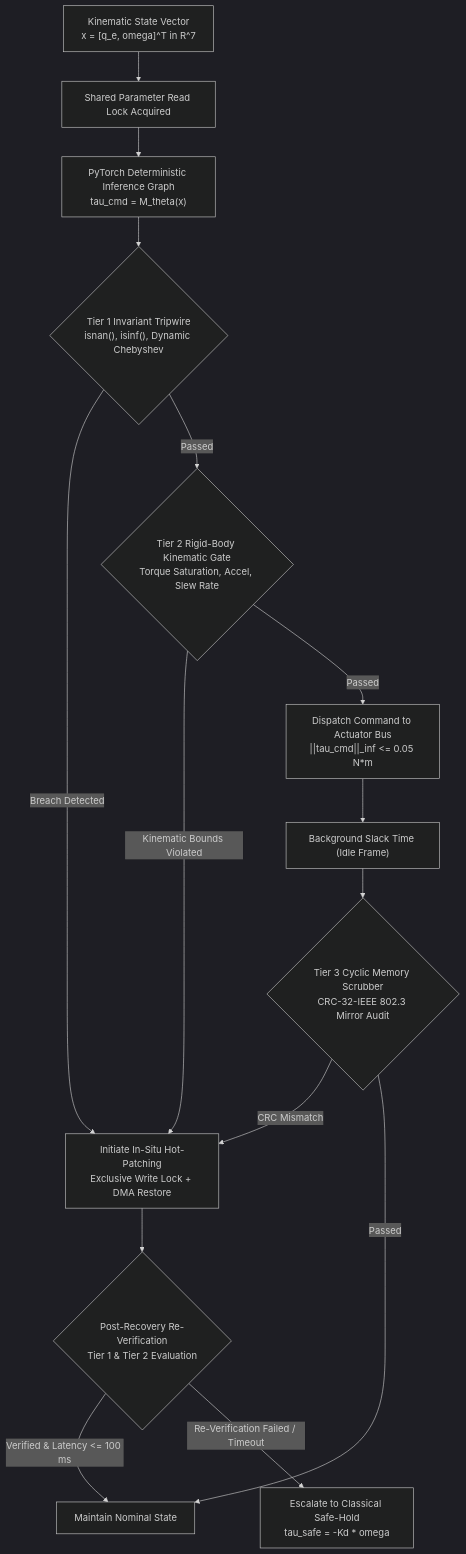
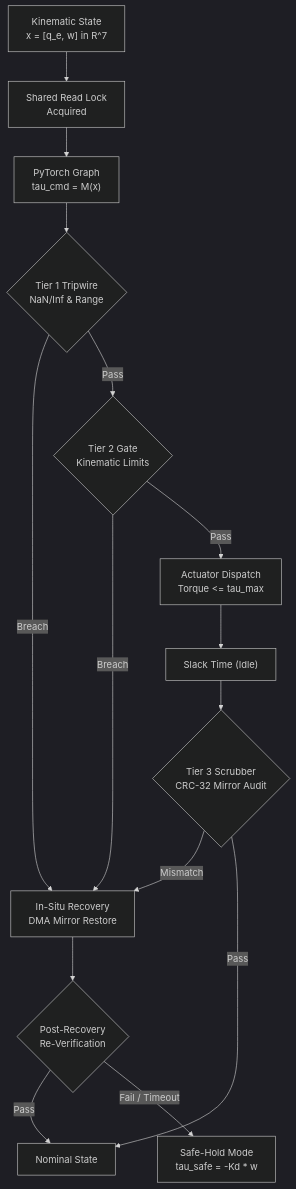
The first of 2 diagrams in README.md (gangasagar5928/ZOG-AI), drawn with Mermaid (dark theme) before and after one commit. The commit also changed other lines of this file and 1 other file, not shown here.

Commit message:
docs: resolve GFM LaTeX math italics clash and optimize Mermaid diagram layout

````diff
--- a/README.md
+++ b/README.md
@@ -70,21 +82,21 @@
 ```mermaid
 flowchart TD
-    Inp["Kinematic State Vector<br>x = [q_e, omega]^T in R^7"] --> Lock["Shared Parameter Read Lock Acquired"]
-    Lock --> Inf["PyTorch Deterministic Inference Graph<br>tau_cmd = M_theta(x)"]
-    Inf --> T1{"Tier 1 Invariant Tripwire<br>isnan(), isinf(), Dynamic Chebyshev"}
+    Inp["Kinematic State<br/>x = [q_e, w] in R^7"] --> Lock["Shared Read Lock<br/>Acquired"]
+    Lock --> Inf["PyTorch Graph<br/>tau_cmd = M(x)"]
+    Inf --> T1{"Tier 1 Tripwire<br/>NaN/Inf & Range"}
     
-    T1 -- Breach Detected --> Rec["Initiate In-Situ Hot-Patching<br>Exclusive Write Lock + DMA Restore"]
-    T1 -- Passed --> T2{"Tier 2 Rigid-Body Kinematic Gate<br>Torque Saturation, Accel, Slew Rate"}
+    T1 -- Breach --> Rec["In-Situ Recovery<br/>DMA Mirror Restore"]
+    T1 -- Pass --> T2{"Tier 2 Gate<br/>Kinematic Limits"}
     
-    T2 -- Kinematic Bounds Violated --> Rec
-    T2 -- Passed --> Act["Dispatch Command to Actuator Bus<br>||tau_cmd||_inf <= 0.05 N*m"]
+    T2 -- Breach --> Rec
+    T2 -- Pass --> Act["Actuator Dispatch<br/>Torque <= tau_max"]
     
-    Act --> Slack["Background Slack Time (Idle Frame)"]
-    Slack --> T3{"Tier 3 Cyclic Memory Scrubber<br>CRC-32-IEEE 802.3 Mirror Audit"}
-    T3 -- CRC Mismatch --> Rec
-    T3 -- Passed --> Nom["Maintain Nominal State"]
+    Act --> Slack["Slack Time (Idle)"]
+    Slack --> T3{"Tier 3 Scrubber<br/>CRC-32 Mirror Audit"}
+    T3 -- Mismatch --> Rec
+    T3 -- Pass --> Nom["Nominal State"]
     
-    Rec --> Reeval{"Post-Recovery Re-Verification<br>Tier 1 & Tier 2 Evaluation"}
-    Reeval -- Verified & Latency <= 100 ms --> Nom
-    Reeval -- Re-Verification Failed / Timeout --> Safe["Escalate to Classical Safe-Hold<br>tau_safe = -Kd * omega"]
+    Rec --> Reeval{"Post-Recovery<br/>Re-Verification"}
+    Reeval -- Pass --> Nom
+    Reeval -- Fail / Timeout --> Safe["Safe-Hold Mode<br/>tau_safe = -Kd * w"]
 ```
````
